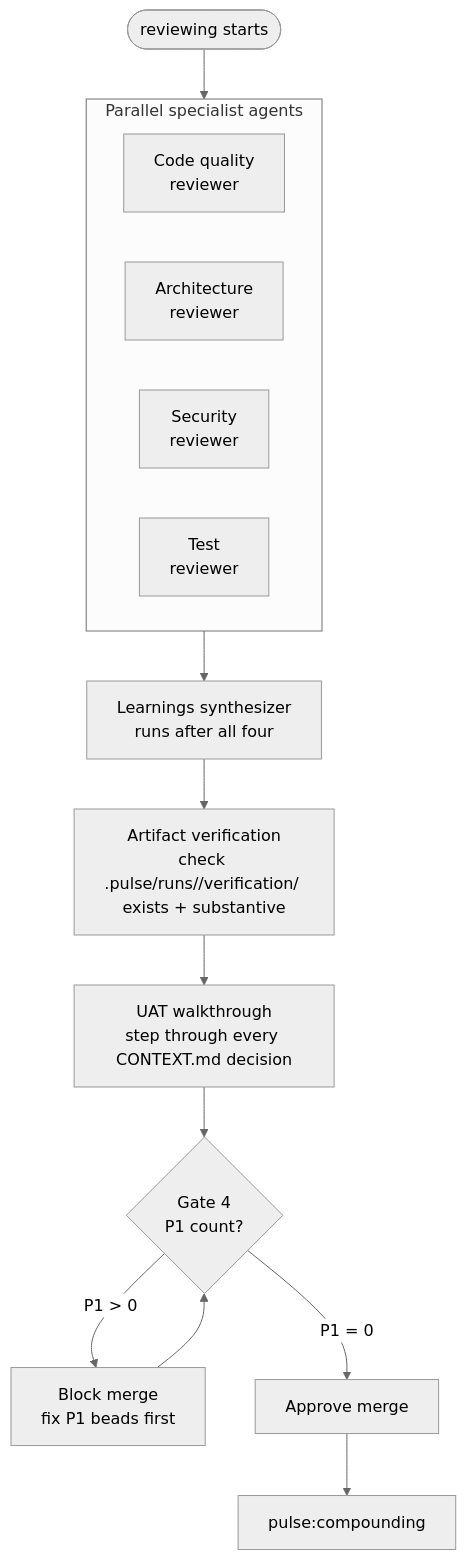
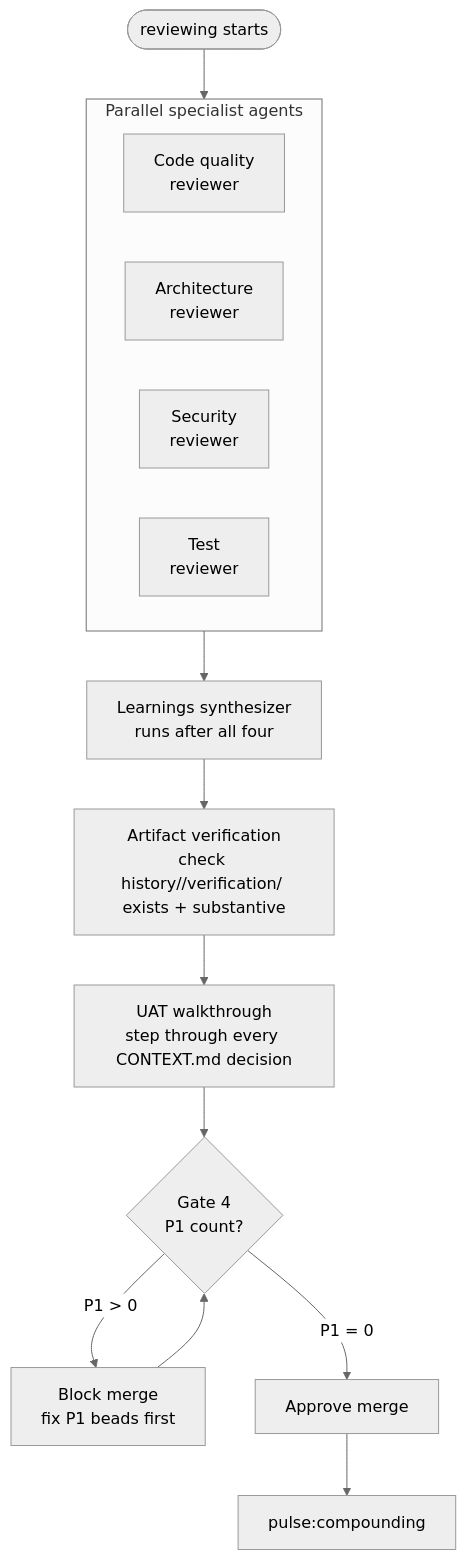
One commit to quanpersie2001/skills changed the third of 7 diagrams in docs/ARCHITECTURE.md. Above: the diagram before and after it, drawn with Mermaid (neutral theme). The commit also changed other lines of this file and 18 other files, not shown here.

First line of the commit message:
fix(pulse): canonicalize history verification paths

````diff
--- a/docs/ARCHITECTURE.md
+++ b/docs/ARCHITECTURE.md
@@ -281,20 +281,20 @@
 ```mermaid
 flowchart TD
     subgraph parallel[Parallel specialist agents]
         R1[Code quality\nreviewer]
         R2[Architecture\nreviewer]
         R3[Security\nreviewer]
         R4[Test\nreviewer]
     end
     R5[Learnings synthesizer\nruns after all four]
 
     start([reviewing starts]) --> parallel
     parallel --> R5
-    R5 --> AV[Artifact verification\ncheck .pulse/runs/<feature>/verification/ exists + substantive]
+    R5 --> AV[Artifact verification\ncheck history/<feature>/verification/ exists + substantive]
     AV --> UAT[UAT walkthrough\nstep through every CONTEXT.md decision]
     UAT --> G4{Gate 4\nP1 count?}
     G4 -->|P1 > 0| BLOCK[Block merge\nfix P1 beads first]
     G4 -->|P1 = 0| APPROVE[Approve merge]
     BLOCK --> G4
     APPROVE --> CP[pulse:compounding]
 ```
````
